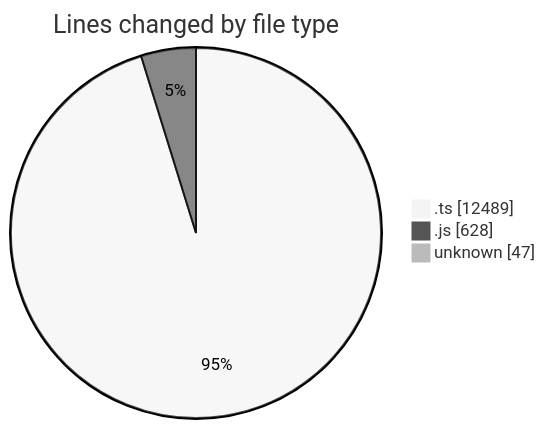
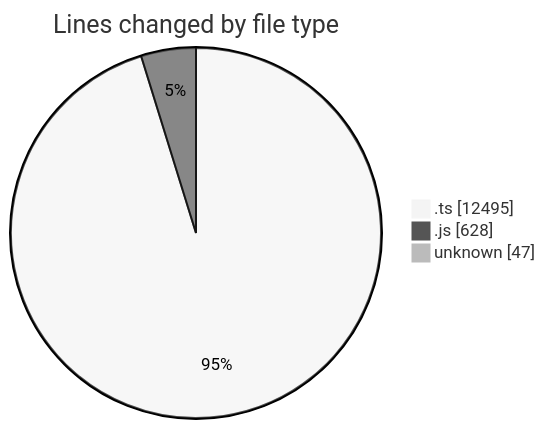
Before and after one commit to momahboobian/code-tracking: the first of 2 diagrams in 2025-09-05/cda/README.md, drawn with Mermaid (neutral theme). The commit also changed other lines of this file and 1 other file, not shown here.

````diff
--- a/2025-09-05/cda/README.md
+++ b/2025-09-05/cda/README.md
@@ -25,7 +25,7 @@
 ```mermaid
 pie showData
 title Lines changed by file type
-".ts" : 12489
+".ts" : 12495
 ".js" : 628
 "unknown" : 47
 ```
````
